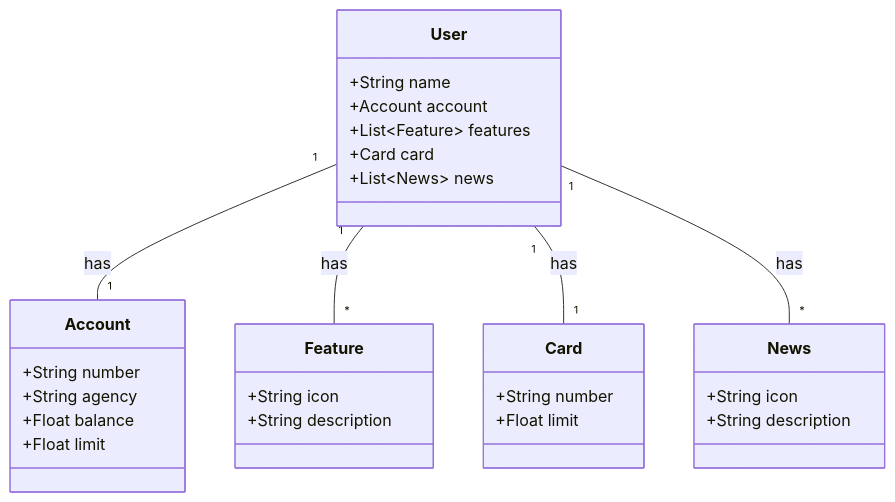
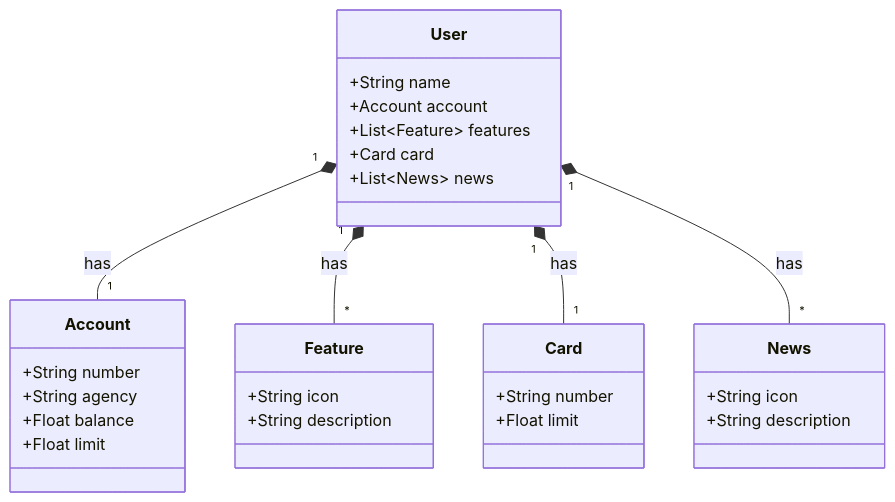
The diagram in README.md (dmigueis/publi-api-spring), drawn with Mermaid before and after one commit.

````diff
--- a/README.md
+++ b/README.md
@@ -5,37 +5,37 @@
 ```mermaid
 classDiagram
     class User {
         +String name
         +Account account
         +List~Feature~ features
         +Card card
         +List~News~ news
     }
     
     class Account {
         +String number
         +String agency
         +Float balance
         +Float limit
     }
     
     class Feature {
         +String icon
         +String description
     }
     
     class Card {
         +String number
         +Float limit
     }
     
     class News {
         +String icon
         +String description
     }
     
-    User "1" -- "1" Account : has
-    User "1" -- "*" Feature : has
-    User "1" -- "1" Card : has
-    User "1" -- "*" News : has
+    User "1" *-- "1" Account : has
+    User "1" *-- "*" Feature : has
+    User "1" *-- "1" Card : has
+    User "1" *-- "*" News : has
 ```
````
